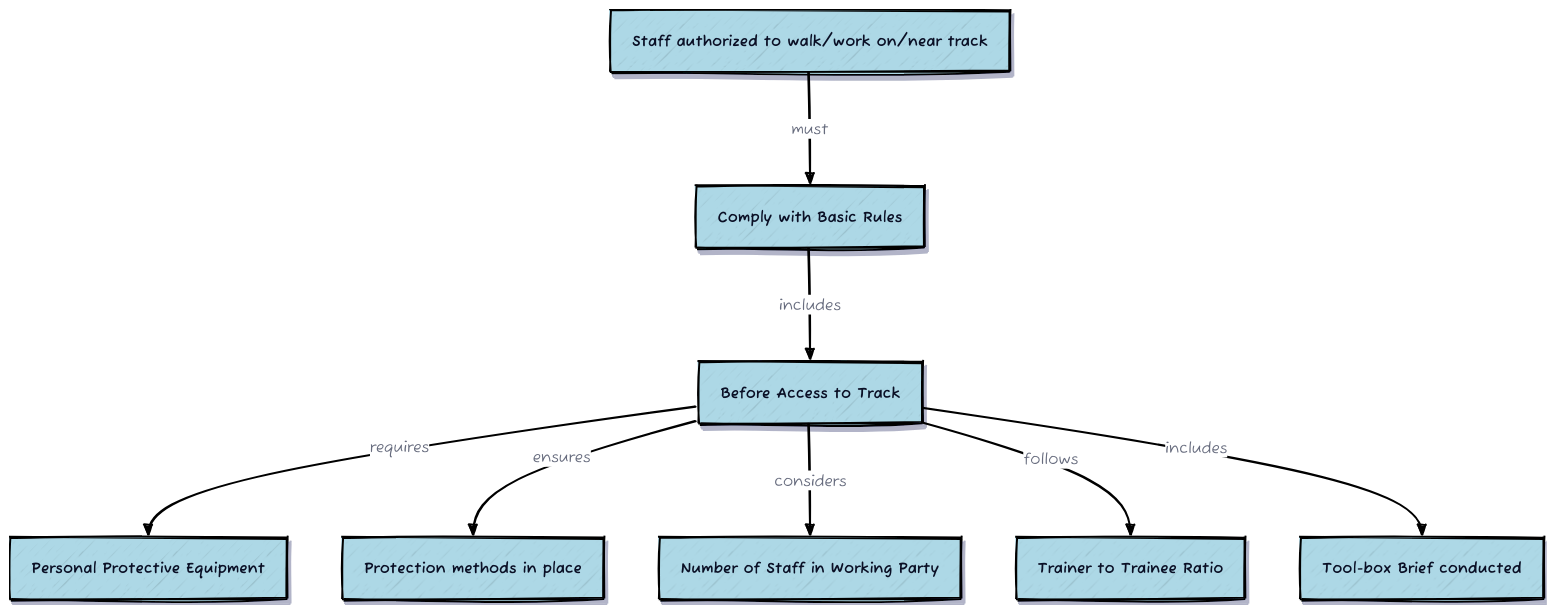
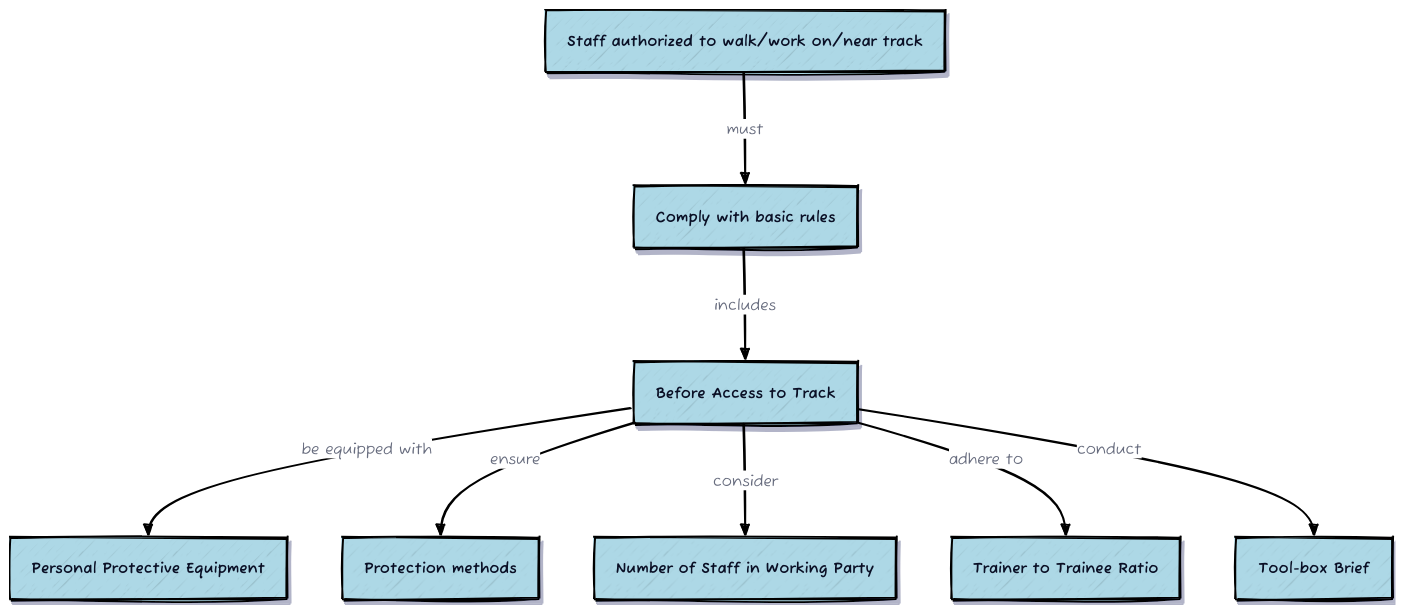
The diagram in database/evaluation/images/whenisastaffmemberallowedtowalkworkonornearthetrac.d2 (fangyuan-ksgk/process-supervision), drawn with D2 before and after one commit. The commit also changed 6 other files, not shown here.

```diff
--- a/database/evaluation/images/whenisastaffmemberallowedtowalkworkonornearthetrac.d2
+++ b/database/evaluation/images/whenisastaffmemberallowedtowalkworkonornearthetrac.d2
@@ -1,139 +1,139 @@
 
 vars: {
   d2-config: {
     sketch: true
   }
 }
 classes: {
   process: {
     label: ""
     shape: rectangle
     style: {
       fill: lightblue
       shadow: true
     }
   }
 }
 
 Staff_authorized_to_walk/work_on/near_track.class: process
 Staff_authorized_to_walk/work_on/near_track.label: "Staff authorized to walk/work on/near track"
 Staff_authorized_to_walk/work_on/near_track: {
   style: {
     opacity: 1
     stroke: "black"
     stroke-width: 2
     shadow: true
   }
 }
-Comply_with_Basic_Rules.class: process
-Comply_with_Basic_Rules.label: "Comply with Basic Rules"
-Comply_with_Basic_Rules: {
+Comply_with_basic_rules.class: process
+Comply_with_basic_rules.label: "Comply with basic rules"
+Comply_with_basic_rules: {
   style: {
     opacity: 1
     stroke: "black"
     stroke-width: 2
     shadow: true
   }
 }
 Before_Access_to_Track.class: process
 Before_Access_to_Track.label: "Before Access to Track"
 Before_Access_to_Track: {
   style: {
     opacity: 1
     stroke: "black"
     stroke-width: 2
     shadow: true
   }
 }
 Personal_Protective_Equipment.class: process
 Personal_Protective_Equipment.label: "Personal Protective Equipment"
 Personal_Protective_Equipment: {
   style: {
     opacity: 1
     stroke: "black"
     stroke-width: 2
     shadow: true
   }
 }
-Protection_methods_in_place.class: process
-Protection_methods_in_place.label: "Protection methods in place"
-Protection_methods_in_place: {
+Protection_methods.class: process
+Protection_methods.label: "Protection methods"
+Protection_methods: {
   style: {
     opacity: 1
     stroke: "black"
     stroke-width: 2
     shadow: true
   }
 }
 Number_of_Staff_in_Working_Party.class: process
 Number_of_Staff_in_Working_Party.label: "Number of Staff in Working Party"
 Number_of_Staff_in_Working_Party: {
   style: {
     opacity: 1
     stroke: "black"
     stroke-width: 2
     shadow: true
   }
 }
 Trainer_to_Trainee_Ratio.class: process
 Trainer_to_Trainee_Ratio.label: "Trainer to Trainee Ratio"
 Trainer_to_Trainee_Ratio: {
   style: {
     opacity: 1
     stroke: "black"
     stroke-width: 2
     shadow: true
   }
 }
-Tool-box_Brief_conducted.class: process
-Tool-box_Brief_conducted.label: "Tool-box Brief conducted"
-Tool-box_Brief_conducted: {
+Tool-box_Brief.class: process
+Tool-box_Brief.label: "Tool-box Brief"
+Tool-box_Brief: {
   style: {
     opacity: 1
     stroke: "black"
     stroke-width: 2
     shadow: true
   }
 }
-Staff_authorized_to_walk/work_on/near_track -> Comply_with_Basic_Rules: {
+Staff_authorized_to_walk/work_on/near_track -> Comply_with_basic_rules: {
   label: "must"
   style.stroke: black
   style.opacity: 1
   style.stroke-width: 2
 }
-Comply_with_Basic_Rules -> Before_Access_to_Track: {
+Comply_with_basic_rules -> Before_Access_to_Track: {
   label: "includes"
   style.stroke: black
   style.opacity: 1
   style.stroke-width: 2
 }
 Before_Access_to_Track -> Personal_Protective_Equipment: {
-  label: "requires"
+  label: "be equipped with"
   style.stroke: black
   style.opacity: 1
   style.stroke-width: 2
 }
-Before_Access_to_Track -> Protection_methods_in_place: {
-  label: "ensures"
+Before_Access_to_Track -> Protection_methods: {
+  label: "ensure"
   style.stroke: black
   style.opacity: 1
   style.stroke-width: 2
 }
 Before_Access_to_Track -> Number_of_Staff_in_Working_Party: {
-  label: "considers"
+  label: "consider"
   style.stroke: black
   style.opacity: 1
   style.stroke-width: 2
 }
 Before_Access_to_Track -> Trainer_to_Trainee_Ratio: {
-  label: "follows"
+  label: "adhere to"
   style.stroke: black
   style.opacity: 1
   style.stroke-width: 2
 }
-Before_Access_to_Track -> Tool-box_Brief_conducted: {
-  label: "includes"
+Before_Access_to_Track -> Tool-box_Brief: {
+  label: "conduct"
   style.stroke: black
   style.opacity: 1
   style.stroke-width: 2
 }
```
